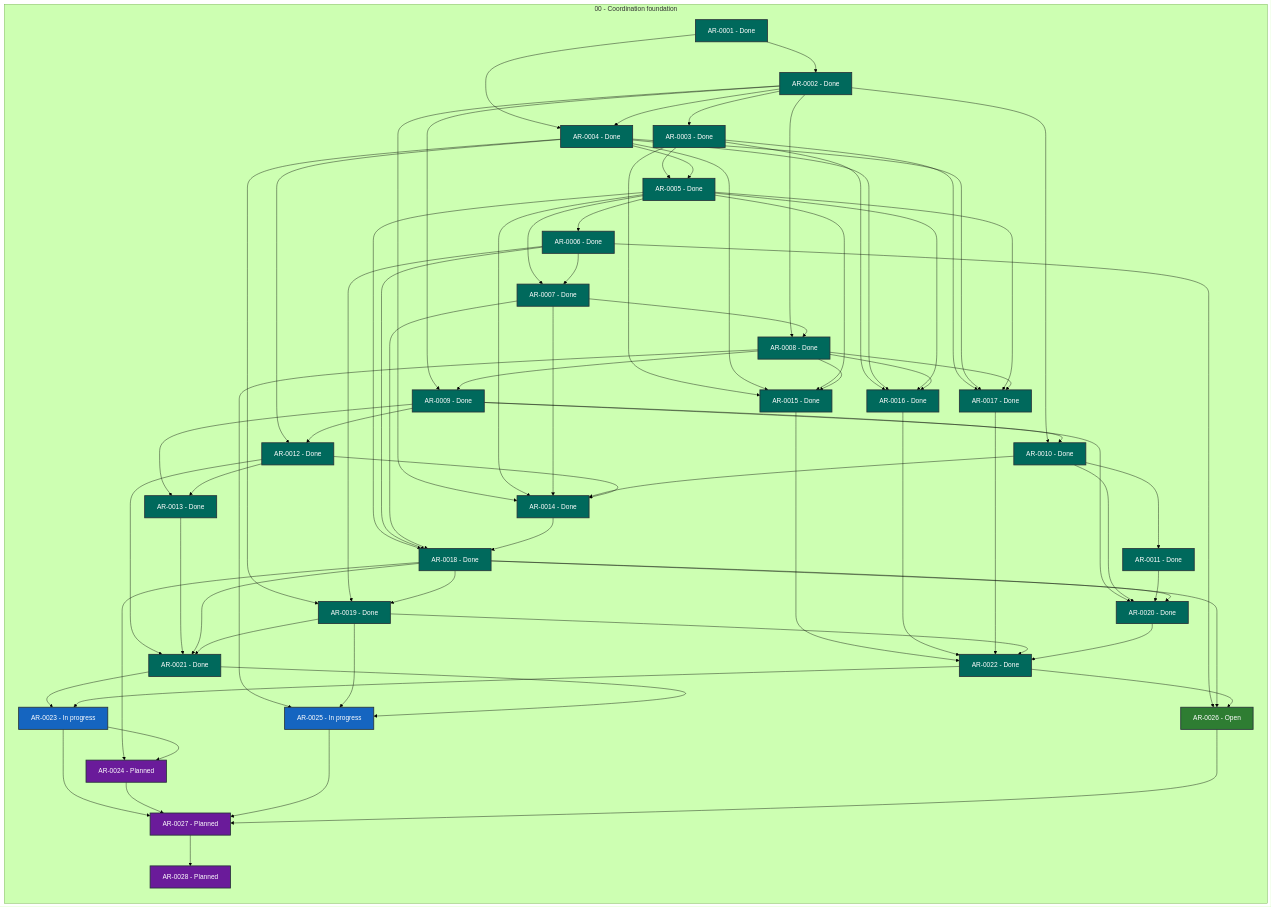
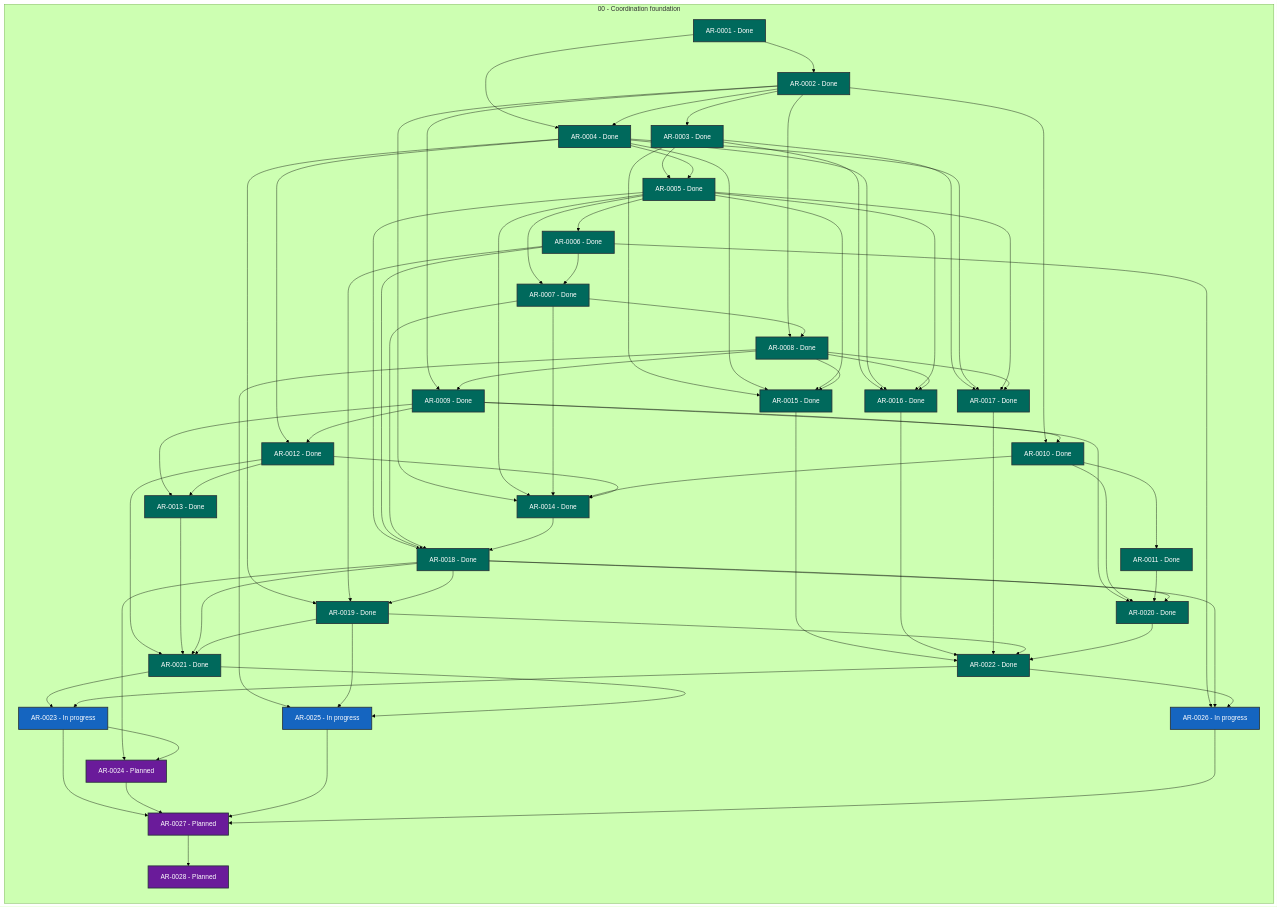
Before and after one commit to martin-beck/agent-workflow-runtime-state: the diagram in STATUS.md, drawn with Mermaid (forest theme). The commit also changed other lines of this file and 2 other files, not shown here.

```diff
--- a/STATUS.md
+++ b/STATUS.md
@@ -53,7 +53,7 @@
         AR_0023["AR-0023 - In progress"]:::status_in_progress
         AR_0024["AR-0024 - Planned"]:::status_planned
         AR_0025["AR-0025 - In progress"]:::status_in_progress
-        AR_0026["AR-0026 - Open"]:::status_open
+        AR_0026["AR-0026 - In progress"]:::status_in_progress
         AR_0027["AR-0027 - Planned"]:::status_planned
         AR_0028["AR-0028 - Planned"]:::status_planned
     end
```
